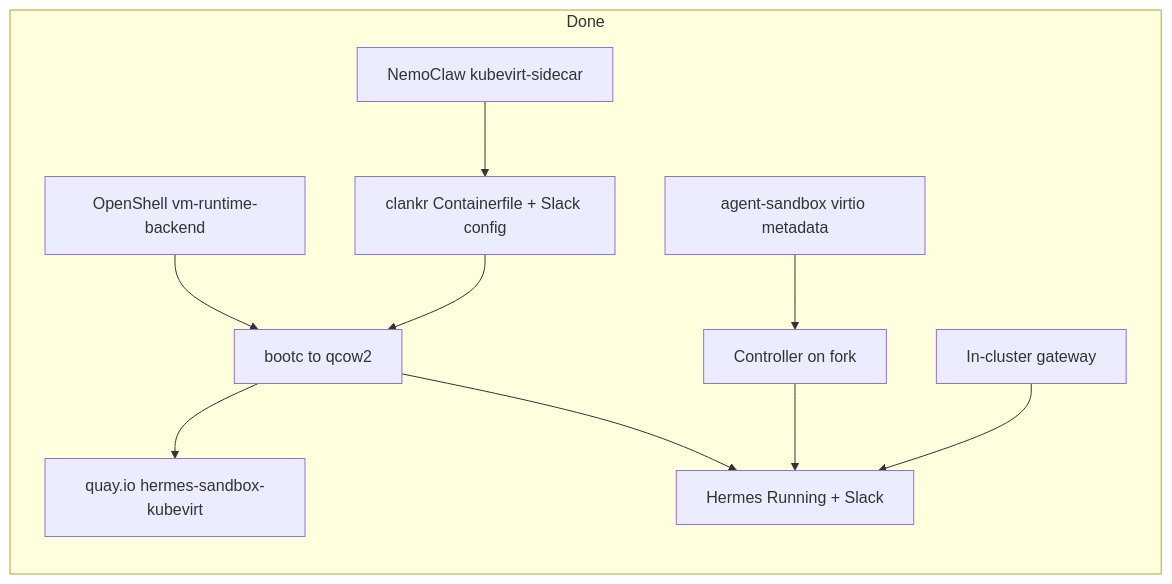
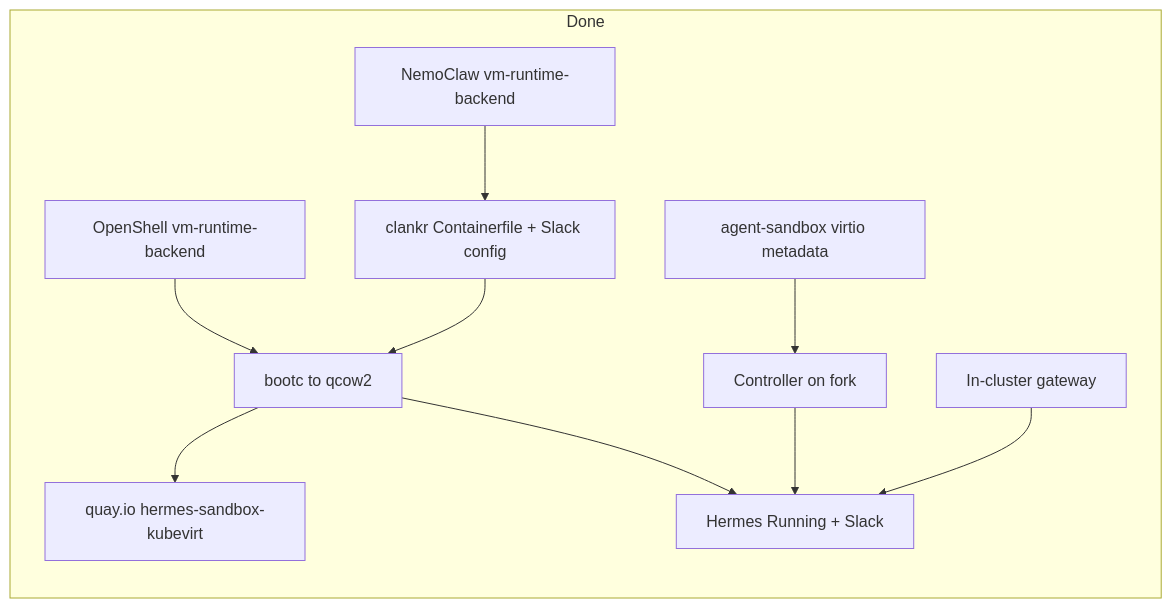
The diagram in TRACKING.md (shanemcd/openshell-kubevirt), drawn with Mermaid before and after one commit. The commit also changed other lines of this file and 2 other files, not shown here.

Commit message:
Align NemoClaw fork branch name with OpenShell vm-runtime-backend.

````diff
--- a/TRACKING.md
+++ b/TRACKING.md
@@ -178,22 +178,22 @@
 ```mermaid
 flowchart LR
   subgraph done [Done]
     OS[OpenShell vm-runtime-backend]
-    NC[NemoClaw kubevirt-sidecar]
+    NC[NemoClaw vm-runtime-backend]
     AS[agent-sandbox virtio metadata]
     CF[clankr Containerfile + Slack config]
     Ctrl[Controller on fork]
     Disk[bootc to qcow2]
     Quay[quay.io hermes-sandbox-kubevirt]
     VM[Hermes Running + Slack]
     GW[In-cluster gateway]
   end
   OS --> Disk
   NC --> CF
   CF --> Disk
   Disk --> Quay
   AS --> Ctrl
   Ctrl --> VM
   Disk --> VM
   GW --> VM
 ```
````
